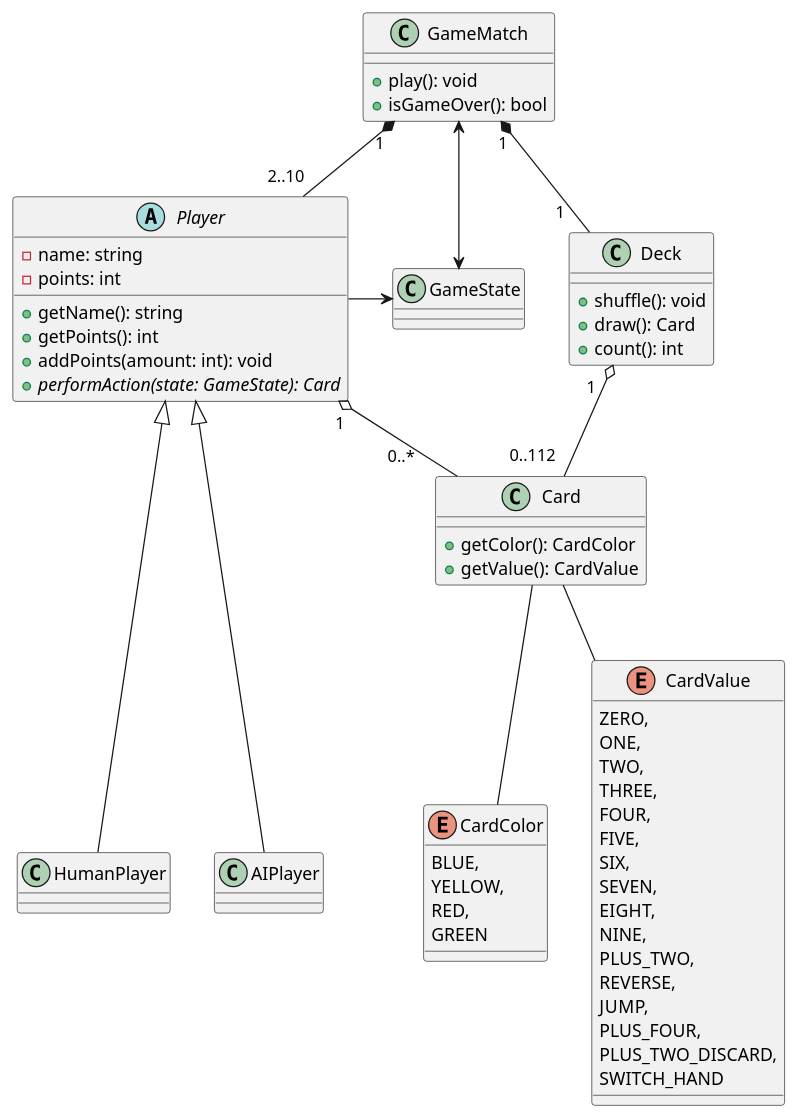
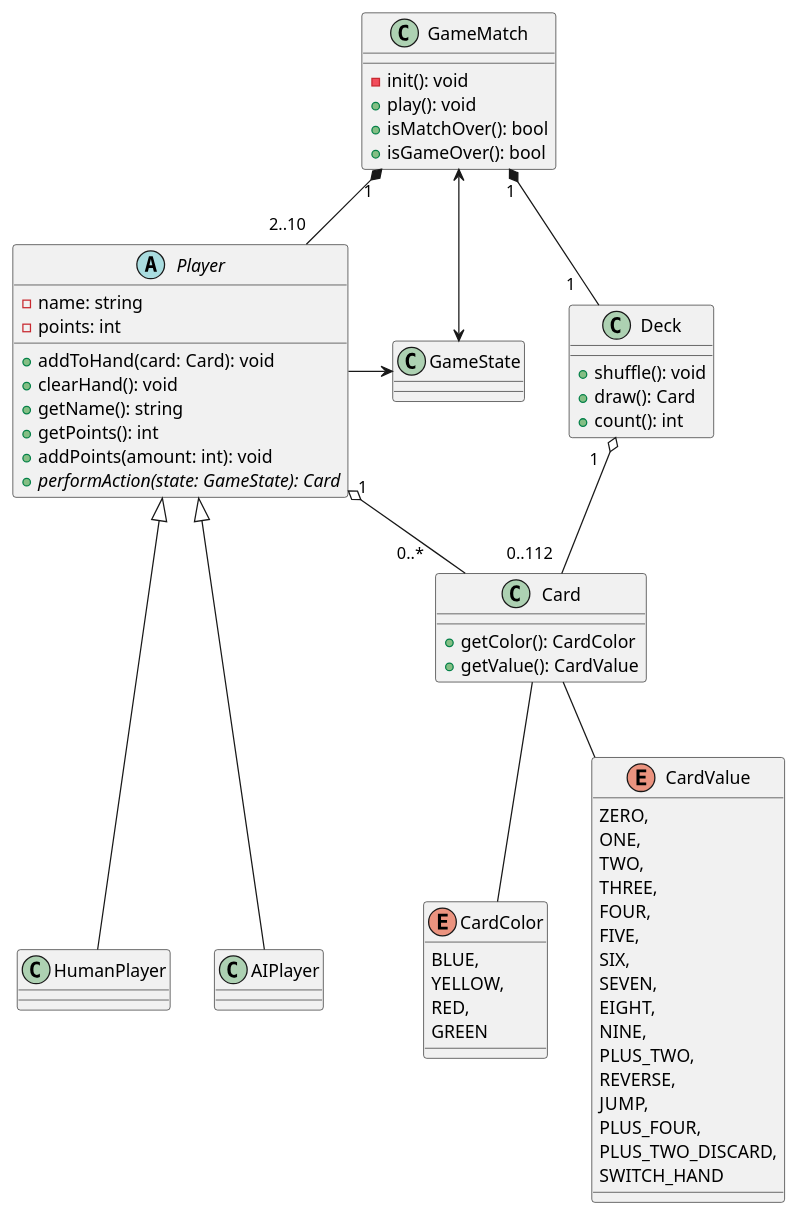
Before and after one commit to danilobezerra/uno-game: the diagram in docs/ClassDiagram.puml, drawn with PlantUML.

Commit message:
Update class diagram

```diff
--- a/docs/ClassDiagram.puml
+++ b/docs/ClassDiagram.puml
@@ -1,72 +1,77 @@
 @startuml
 'https://plantuml.com/class-diagram
 
 enum CardColor {
     BLUE,
     YELLOW,
     RED,
     GREEN
 }
 
 enum CardValue {
     ZERO,
     ONE,
     TWO,
     THREE,
     FOUR,
     FIVE,
     SIX,
     SEVEN,
     EIGHT,
     NINE,
     PLUS_TWO,
     REVERSE,
     JUMP,
     PLUS_FOUR,
     PLUS_TWO_DISCARD,
     SWITCH_HAND
 }
 
 class Card {
     + getColor(): CardColor
     + getValue(): CardValue
 }
 
 class Deck {
 
     + shuffle(): void
     + draw(): Card
     + count(): int
 }
 
 class GameMatch {
+
+    - init(): void
     + play(): void
+    + isMatchOver(): bool
     + isGameOver(): bool
 }
 
 class GameState {
 
 }
 
 abstract class Player {
     - name: string
     - points: int
 
+    + addToHand(card: Card): void
+    + clearHand(): void
     + getName(): string
     + getPoints(): int
     + addPoints(amount: int): void
     + {abstract} performAction(state: GameState): Card
 }
 
 Card  --  CardColor
 Card  --  CardValue
 Deck "1   " o-- "0..112  " Card
 Player <|--- HumanPlayer
 Player <|--- AIPlayer
 Player "1  " o-- "0..*      " Card
 Player -> GameState
 GameMatch "1" *-- "2..10  " Player
 GameMatch "1" *-- "1    " Deck
 GameMatch <-> GameState
 
 @enduml
```
